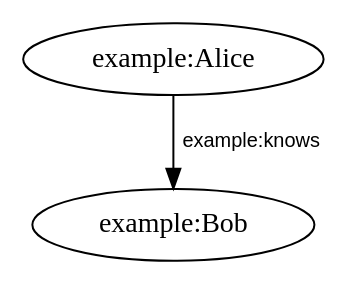
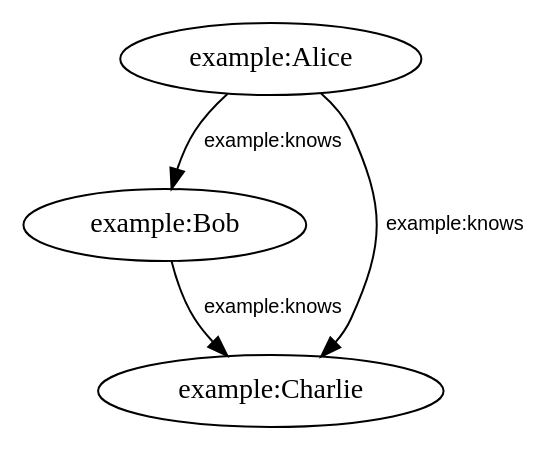
The diagram in Source-code/Host-environment/Common-Language-Runtime/FSharp/Interactive/Ergonomics/graph.dot (eristocrates/ipa), drawn with Graphviz before and after one commit. The commit also changed 3 other files, not shown here.

```diff
--- a/Source-code/Host-environment/Common-Language-Runtime/FSharp/Interactive/Ergonomics/graph.dot
+++ b/Source-code/Host-environment/Common-Language-Runtime/FSharp/Interactive/Ergonomics/graph.dot
@@ -1,7 +1,10 @@
 digraph G {
   node [shape=ellipse];
   edge [fontname="Helvetica", fontsize=10];
   0 [label="example:Alice"];
   1 [label="example:Bob"];
+  2 [label="example:Charlie"];
   0 -> 1 [label="example:knows"];
+  0 -> 2 [label="example:knows"];
+  1 -> 2 [label="example:knows"];
 }
```
